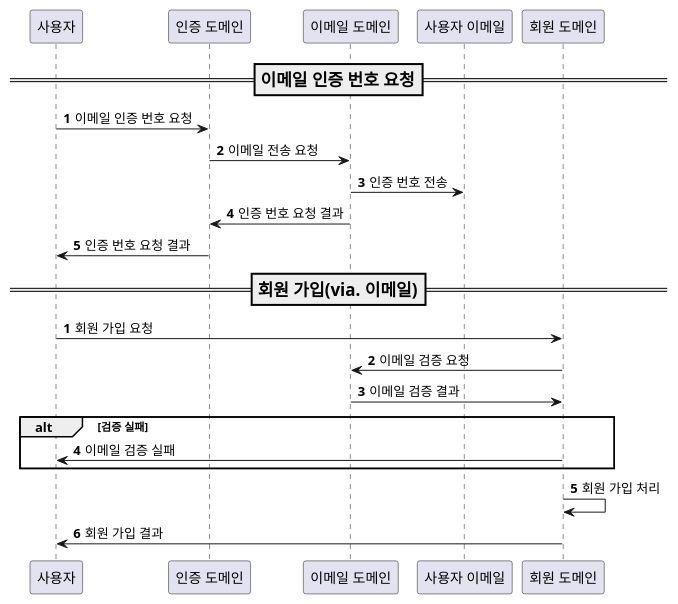
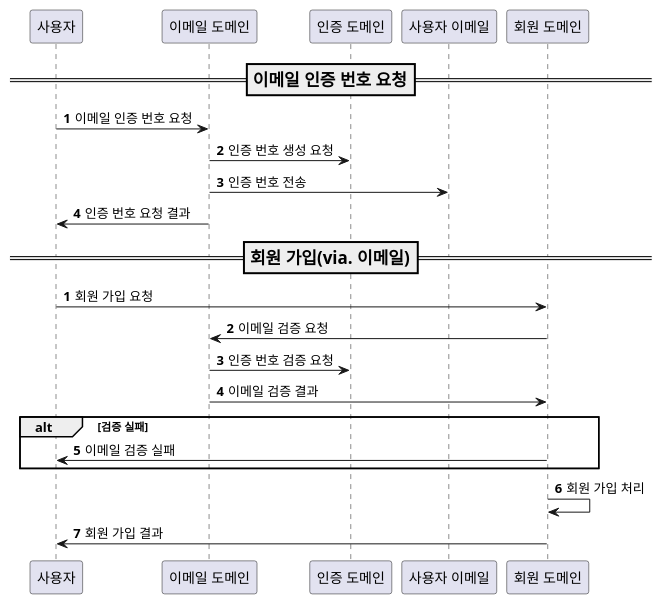
Before and after one commit to dykim-base-project/boot2-hexagonal: the diagram in .uml/signup/Sequence.puml, drawn with PlantUML. The commit also changed 21 other files, not shown here.

```diff
--- a/.uml/signup/Sequence.puml
+++ b/.uml/signup/Sequence.puml
@@ -1,20 +1,20 @@
 @startuml
 autonumber
 === 이메일 인증 번호 요청 ==
-사용자 -> "인증 도메인": 이메일 인증 번호 요청
-"인증 도메인" -> "이메일 도메인": 이메일 전송 요청
+사용자 -> "이메일 도메인": 이메일 인증 번호 요청
+"이메일 도메인" -> "인증 도메인": 인증 번호 생성 요청
 "이메일 도메인" -> "사용자 이메일": 인증 번호 전송
-"이메일 도메인" -> "인증 도메인": 인증 번호 요청 결과
-"인증 도메인" -> 사용자: 인증 번호 요청 결과
+"이메일 도메인" -> 사용자: 인증 번호 요청 결과
 
 autonumber
 === 회원 가입(via. 이메일) ==
 사용자 -> "회원 도메인": 회원 가입 요청
 "회원 도메인" -> "이메일 도메인": 이메일 검증 요청
+"이메일 도메인" -> "인증 도메인": 인증 번호 검증 요청
 "이메일 도메인" -> "회원 도메인": 이메일 검증 결과
 alt 검증 실패
   "회원 도메인" -> 사용자: 이메일 검증 실패
 end
 "회원 도메인" -> "회원 도메인": 회원 가입 처리
 "회원 도메인" -> 사용자: 회원 가입 결과
 @enduml
```
